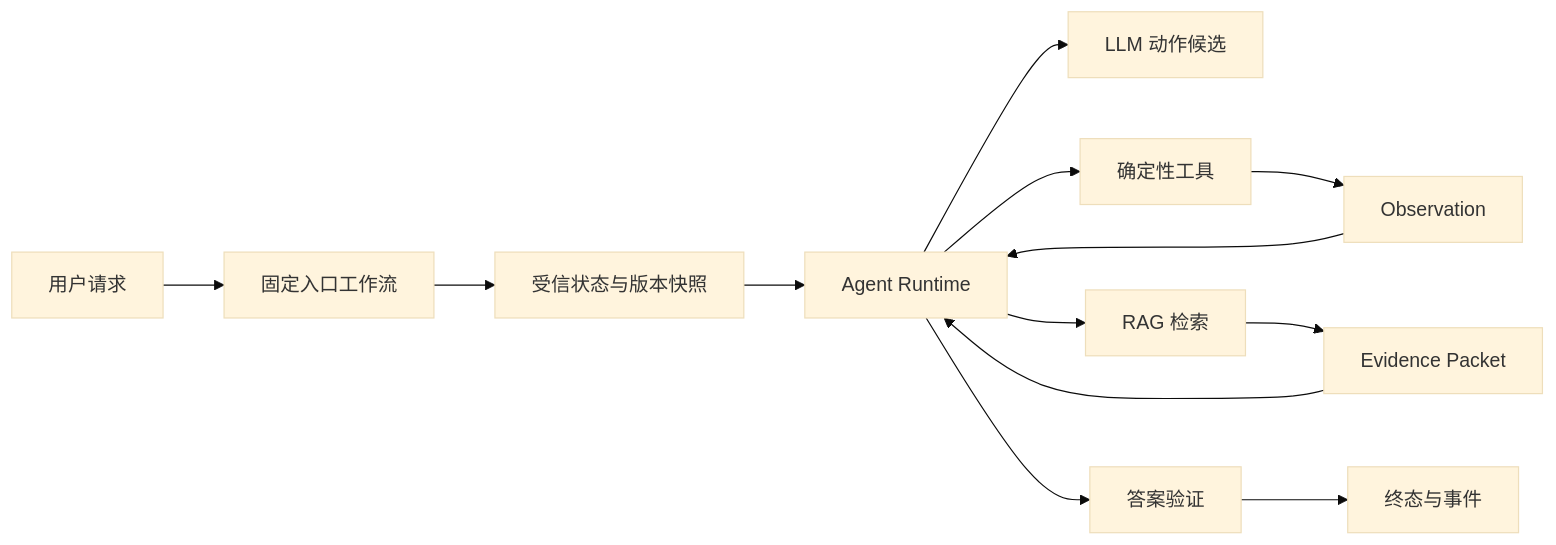
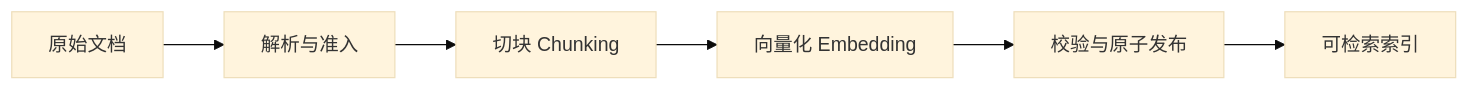
One commit to upJiang/jiang-blog-vitepress changed the third of 5 diagrams in docs/ai-agent/llm-workflow-rag-agent.md. Above: the diagram before and after it, drawn with Mermaid (base theme). The commit also changed other lines of this file and 54 other files, not shown here.

````diff
--- a/docs/ai-agent/llm-workflow-rag-agent.md
+++ b/docs/ai-agent/llm-workflow-rag-agent.md
@@ -265,15 +149,8 @@
 ```mermaid
 flowchart LR
-  U[用户请求] --> W[固定入口工作流]
-  W --> S[受信状态与版本快照]
-  S --> A[Agent Runtime]
-  A --> M[LLM 动作候选]
-  A --> T[确定性工具]
-  A --> R[RAG 检索]
-  R --> E[Evidence Packet]
-  T --> O[Observation]
-  E --> A
-  O --> A
-  A --> V[答案验证]
-  V --> F[终态与事件]
+    A[原始文档] --> B[解析与准入]
+    B --> C[切块 Chunking]
+    C --> D[向量化 Embedding]
+    D --> E[校验与原子发布]
+    E --> F[可检索索引]
 ```
````
